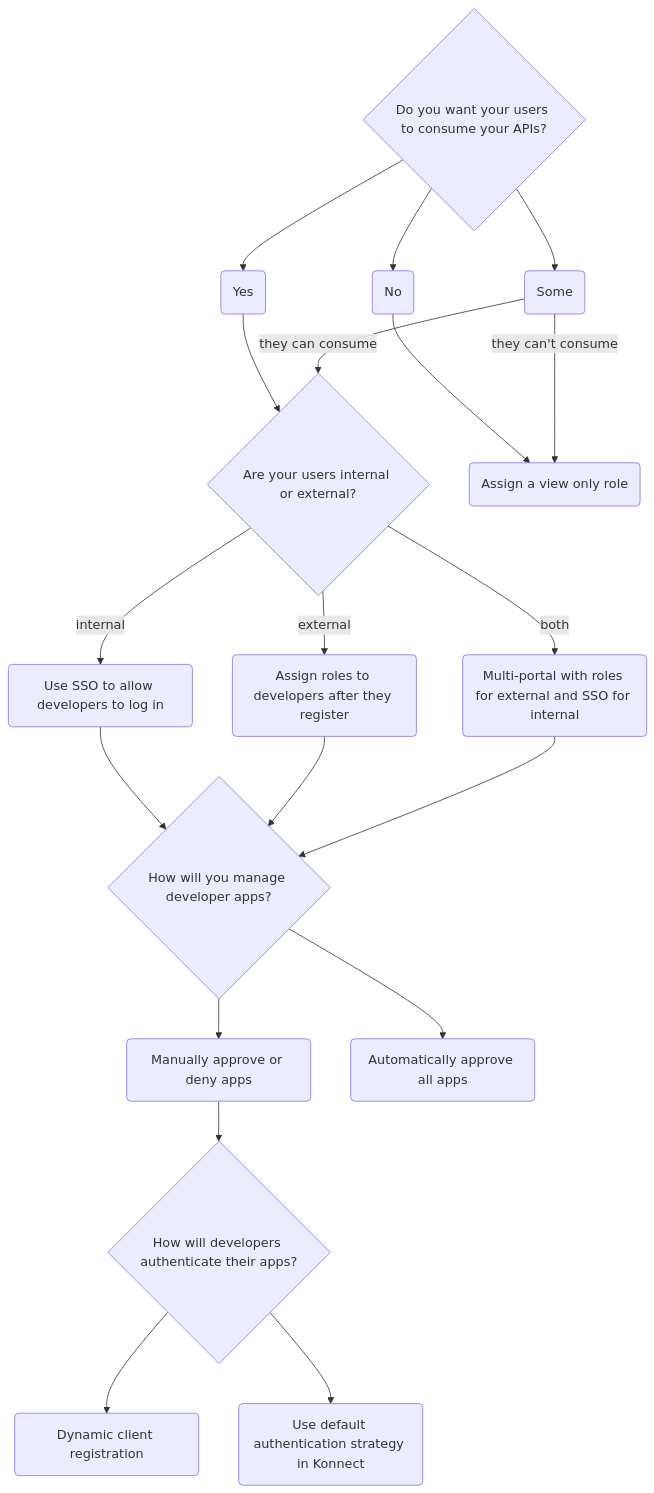
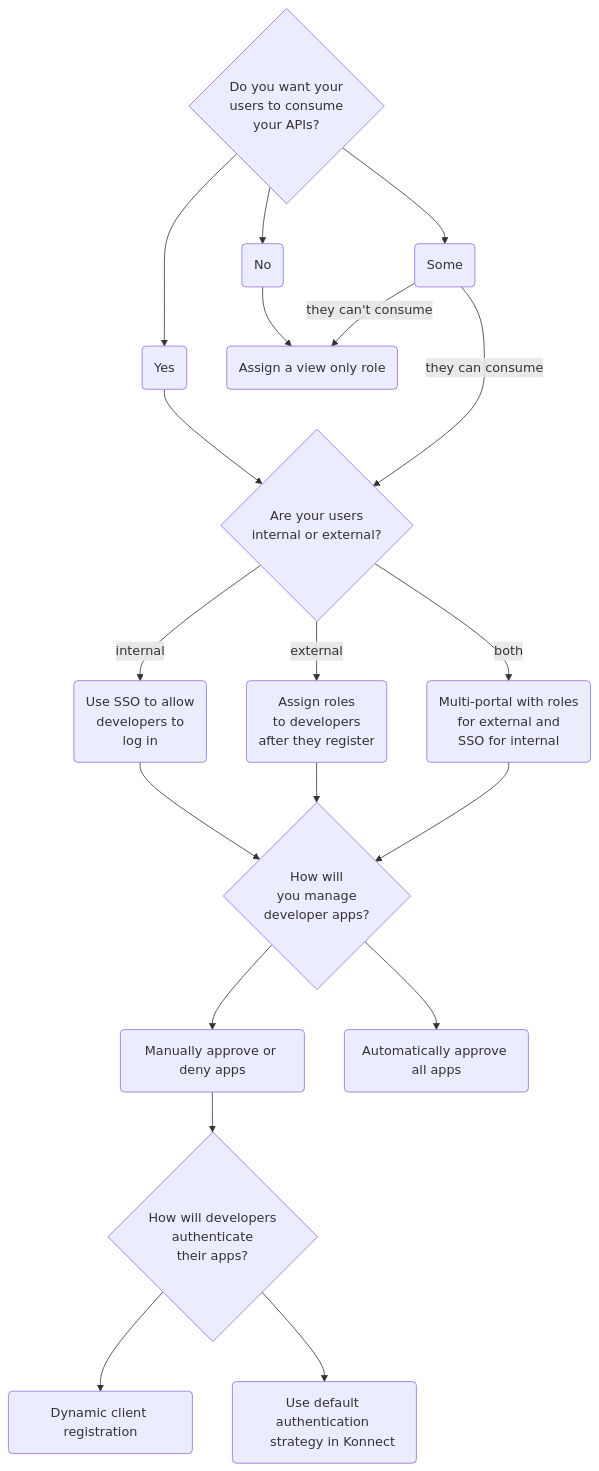
The diagram in app/konnect/dev-portal/configuration-prep.md (Kong/docs.konghq.com), drawn with Mermaid before and after one commit. The commit also changed other lines of this file, not shown here.

Commit message:
Apply suggestions from code review

```diff
--- a/app/konnect/dev-portal/configuration-prep.md
+++ b/app/konnect/dev-portal/configuration-prep.md
@@ -25,30 +25,40 @@
 {% mermaid %}
 flowchart TD
-    A{Do you want your users to consume your APIs?} --> B(Yes)
-    B --> C{Are your users internal or external?}
-    C --> |internal| D(Use SSO to allow developers to log in)
-    C --> |external| J(Assign roles to developers after they register)
-    C --> |both| K(Multi-portal with roles for external and SSO for internal)
-    A --> E(No)
-    A --> F(Some)
-    E --> G(Assign a view only role)
-    F --> |they can't consume| G
-    F --> |they can consume| C
-    D --> H{How will you manage developer apps?}
+    A{"Do you want your 
+    users to consume 
+    your APIs?"} --> B("Yes") & E("No") & F("Some")
+    B --> C{"Are your users 
+    internal or external?"}
+    C -- internal --> D("Use SSO to allow 
+    developers to 
+    log in")
+    C -- external --> J("Assign roles 
+    to developers 
+    after they register")
+    C -- both --> K("Multi-portal with roles 
+    for external and 
+    SSO for internal")
+    E --> G("Assign a view only role")
+    F -- they can't consume --> G
+    F -- they can consume ---> C
+    D --> H{"How will 
+    you manage 
+    developer apps?"}
     J --> H
     K --> H
-    H --> I(Manually approve or deny apps)
-    H --> L(Automatically approve all apps)
-    I --> M{How will developers authenticate their apps?}
-    M --> N(Dynamic client registration)
-    M --> O(Use default authentication strategy in Konnect)
+    H --> I("Manually approve or deny apps") & L("Automatically approve all apps")
+    I --> M{"How will developers 
+    authenticate 
+    their apps?"}
+    M --> N("Dynamic client registration") & O("Use default authentication 
+    strategy in Konnect")
 
     %% this section defines node interactions
     click D "/konnect/dev-portal/access-and-approval/azure/"
     click J "/konnect/dev-portal/access-and-approval/manage-teams/"
     click G "/konnect/dev-portal/access-and-approval/manage-teams/"
     click I "/konnect/dev-portal/access-and-approval/manage-app-reg-requests/"
     click L "/konnect/dev-portal/create-dev-portal/"
     click N "/konnect/dev-portal/applications/dynamic-client-registration/"
     click O "/konnect/dev-portal/applications/enable-app-reg/"
 {% endmermaid %}
```
